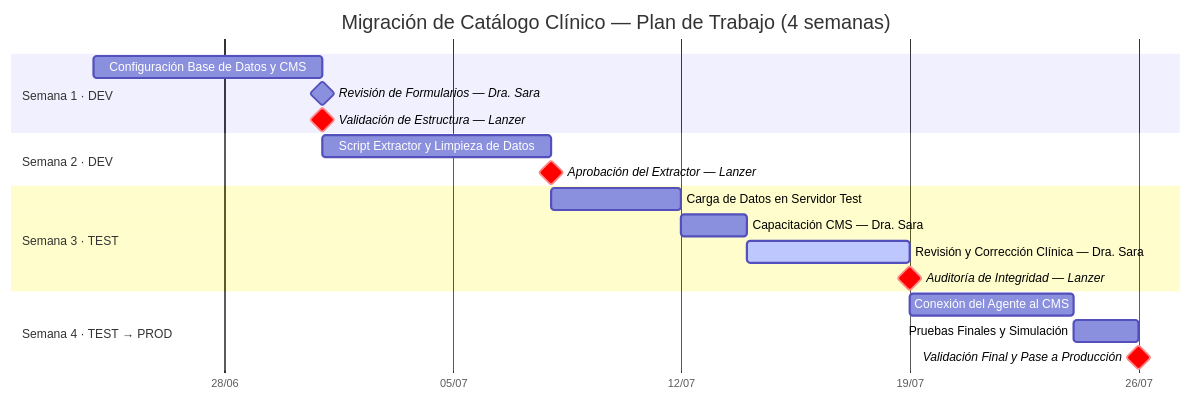
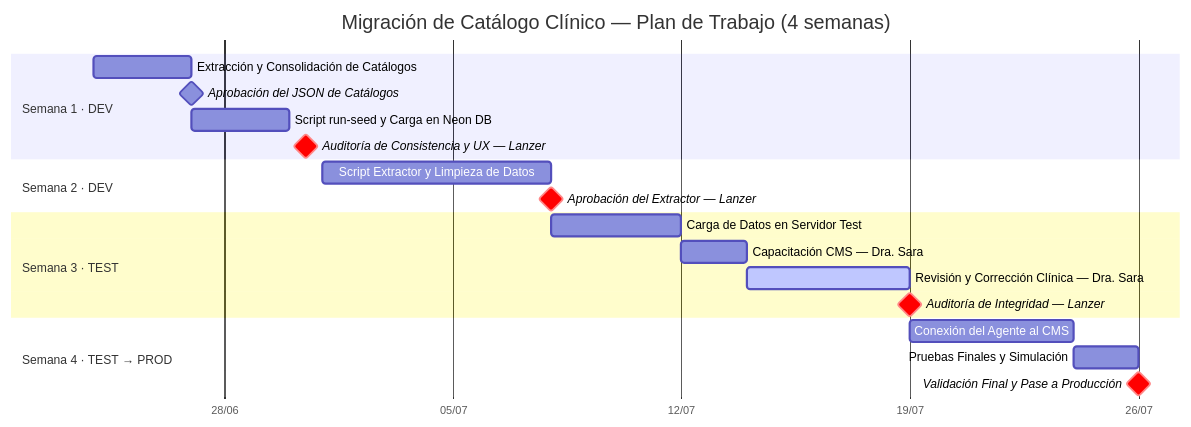
Before and after one commit to LanzerDevCorp/clinical-agent: the diagram in docs/cronograma_lucinda.md, drawn with Mermaid. The commit also changed other lines of this file, not shown here.

Commit message:
docs: add work plan for clinical catalog migration to Payload CMS

````diff
--- a/docs/cronograma_lucinda.md
+++ b/docs/cronograma_lucinda.md
@@ -68,28 +71,29 @@
 ```mermaid
 gantt
     title Migración de Catálogo Clínico — Plan de Trabajo (4 semanas)
     dateFormat  YYYY-MM-DD
     axisFormat  %d/%m
     tickInterval 1week
     todayMarker on
 
     section Semana 1 · DEV
-    Configuración Base de Datos y CMS         :w1,        2026-06-24, 7d
-    Revisión de Formularios — Dra. Sara       :milestone, sara_val1, after w1, 0d
-    Validación de Estructura — Lanzer         :crit, milestone, val1, after sara_val1, 0d
+    Extracción y Consolidación de Catálogos   :w1_ext,    2026-06-24, 3d
+    Aprobación del JSON de Catálogos          :milestone, sara_val1, after w1_ext, 0d
+    Script run-seed y Carga en Neon DB        :w1_load,   after sara_val1, 3d
+    Auditoría de Consistencia y UX — Lanzer   :crit, milestone, val1, after w1_load, 1d
 
     section Semana 2 · DEV
     Script Extractor y Limpieza de Datos      :w2,       after val1, 7d
     Aprobación del Extractor — Lanzer         :crit, milestone, val2, after w2, 0d
 
     section Semana 3 · TEST
     Carga de Datos en Servidor Test           :w3,       after w2, 4d
     Capacitación CMS — Dra. Sara             :w3_cap,   after w3, 2d
     Revisión y Corrección Clínica — Dra. Sara :active, w3_clin,  after w3_cap, 5d
     Auditoría de Integridad — Lanzer          :crit, milestone, val3, after w3_clin, 0d
 
     section Semana 4 · TEST → PROD
     Conexión del Agente al CMS                :w4,       after w3_clin, 5d
     Pruebas Finales y Simulación              :w4_test,  after w4, 2d
     Validación Final y Pase a Producción      :crit, milestone, val4, after w4_test, 0d
 ```
````
